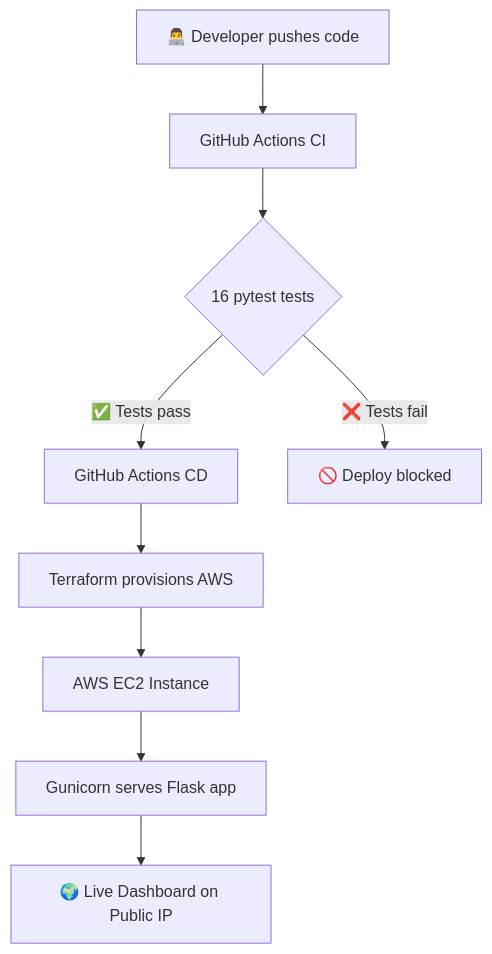
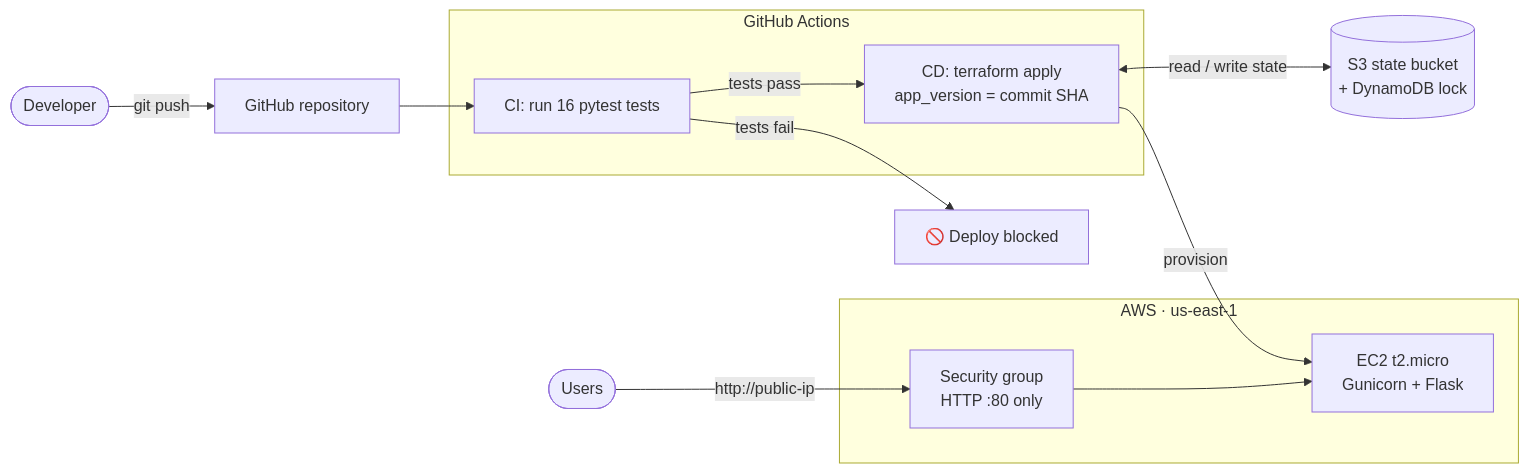
Before and after one commit to mopaul873/devops-health-dashboard: the diagram in README.md, drawn with Mermaid. The commit also changed other lines of this file and 5 other files, not shown here.

````diff
--- a/README.md
+++ b/README.md
@@ -21,11 +16,22 @@
 ```mermaid
-flowchart TD
-    A[👨‍💻 Developer pushes code] --> B[GitHub Actions CI]
-    B --> C{16 pytest tests}
-    C -->|✅ Tests pass| D[GitHub Actions CD]
-    C -->|❌ Tests fail| E[🚫 Deploy blocked]
-    D --> F[Terraform provisions AWS]
-    F --> G[AWS EC2 Instance]
-    G --> H[Gunicorn serves Flask app]
-    H --> I[🌍 Live Dashboard on Public IP]
+flowchart LR
+    Dev([Developer]) -->|git push| GH[GitHub repository]
+
+    subgraph Actions["GitHub Actions"]
+        CI[CI: run 16 pytest tests]
+        CD[CD: terraform apply<br/>app_version = commit SHA]
+    end
+
+    GH --> CI
+    CI -->|tests pass| CD
+    CI -->|tests fail| Stop[🚫 Deploy blocked]
+
+    CD <-->|read / write state| S3[(S3 state bucket<br/>+ DynamoDB lock)]
+    CD -->|provision| EC2
+
+    subgraph AWS["AWS · us-east-1"]
+        SG[Security group<br/>HTTP :80 only] --> EC2[EC2 t2.micro<br/>Gunicorn + Flask]
+    end
+
+    User([Users]) -->|http://public-ip| SG
 ```
````
